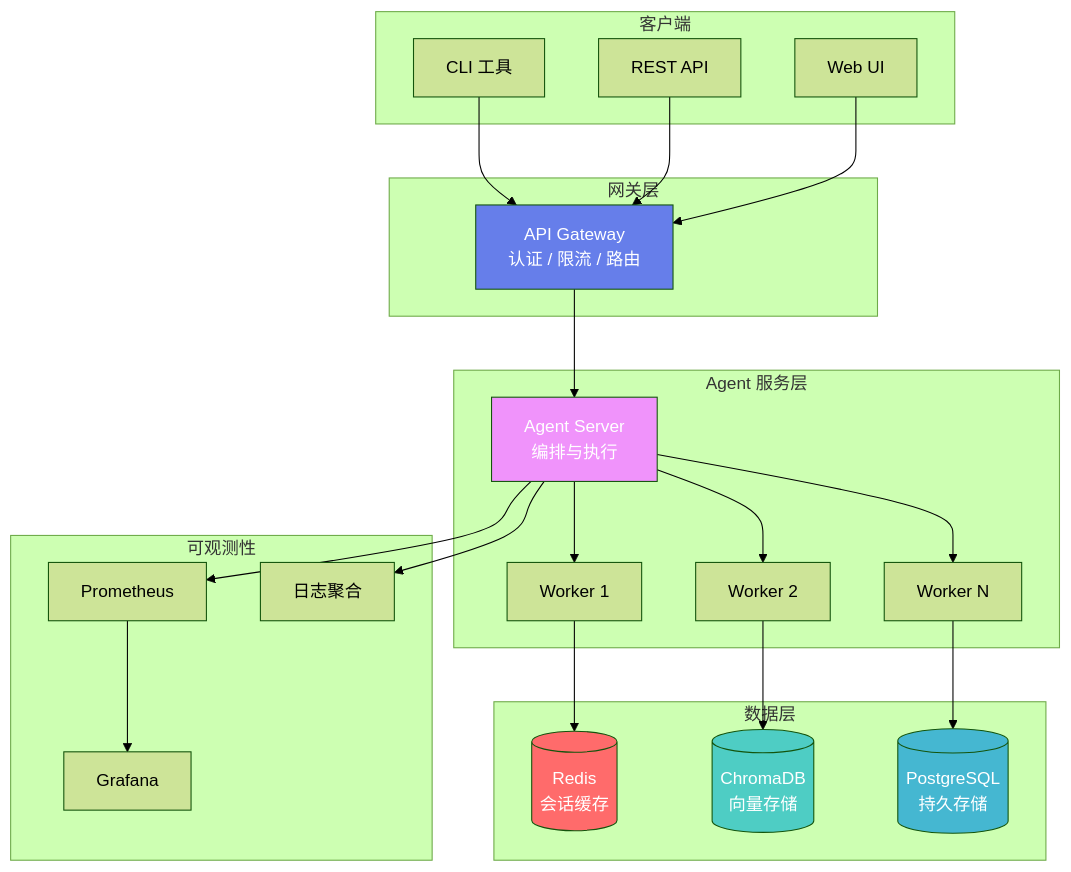
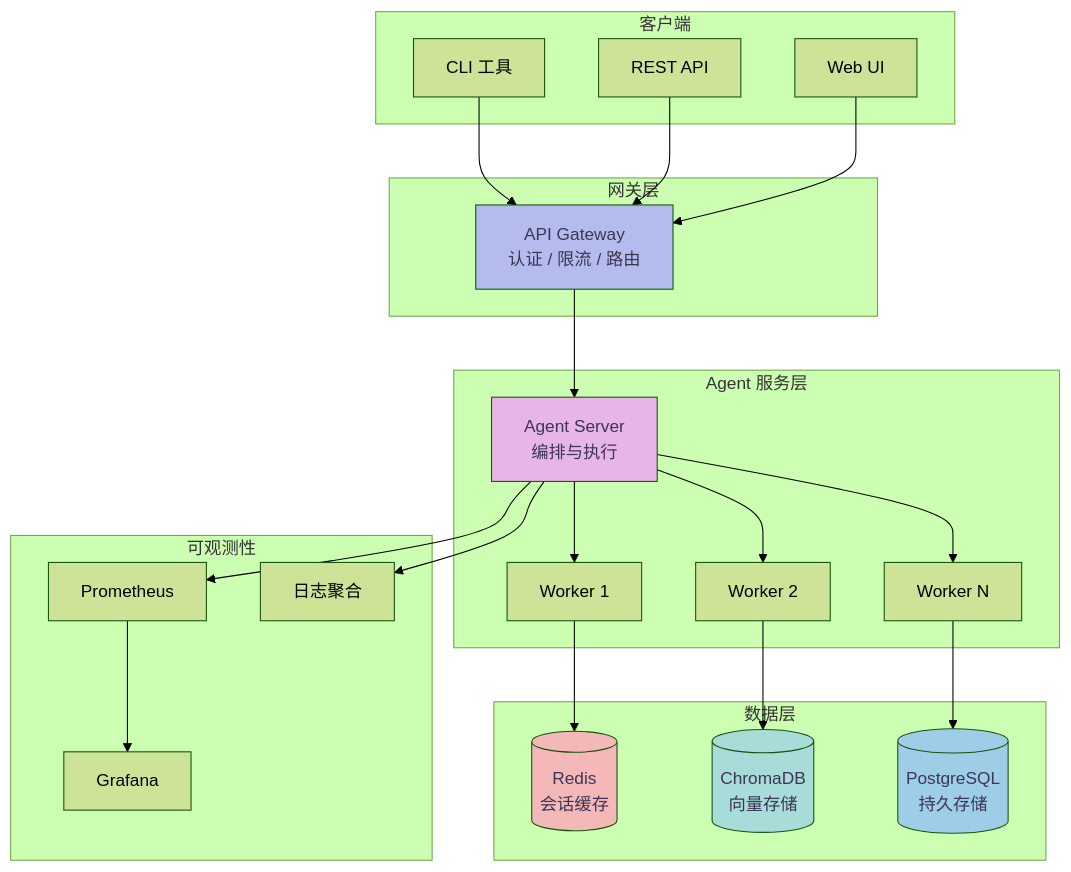
Before and after one commit to caoping0623/caoping0623.github.io: the tenth of 12 diagrams in _posts/2026-04-15-ai-agent.md, drawn with Mermaid (forest theme). The commit also changed other lines of this file and 2 other files, not shown here.

First line of the commit message:
feat: apply soft macaron pastel color scheme with beige background and rounded diagram containers

```diff
--- a/_posts/2026-04-15-ai-agent.md
+++ b/_posts/2026-04-15-ai-agent.md
@@ -688,51 +688,51 @@
 <div class="mermaid">
 graph TB
     subgraph 客户端
         CLI[CLI 工具]
         API[REST API]
         WEB[Web UI]
     end
 
     subgraph 网关层
         GW[API Gateway<br/>认证 / 限流 / 路由]
     end
 
     subgraph Agent 服务层
         AS[Agent Server<br/>编排与执行]
         W1[Worker 1]
         W2[Worker 2]
         W3[Worker N]
     end
 
     subgraph 数据层
         REDIS[(Redis<br/>会话缓存)]
         CHROMA[(ChromaDB<br/>向量存储)]
         PG[(PostgreSQL<br/>持久存储)]
     end
 
     subgraph 可观测性
         PROM[Prometheus]
         GRAF[Grafana]
         LOG[日志聚合]
     end
 
     CLI --> GW
     API --> GW
     WEB --> GW
     GW --> AS
     AS --> W1
     AS --> W2
     AS --> W3
     W1 --> REDIS
     W2 --> CHROMA
     W3 --> PG
     AS --> PROM
     PROM --> GRAF
     AS --> LOG
 
-    style GW fill:#667eea,color:#fff
-    style AS fill:#f093fb,color:#fff
-    style REDIS fill:#ff6b6b,color:#fff
-    style CHROMA fill:#4ecdc4,color:#fff
-    style PG fill:#45b7d1,color:#fff
+    style GW fill:#b4bcee,color:#3d3556
+    style AS fill:#e8b5e8,color:#3d3556
+    style REDIS fill:#f4b8b8,color:#3d3556
+    style CHROMA fill:#a8dcd8,color:#3d3556
+    style PG fill:#9ecde8,color:#3d3556
 </div>
```
